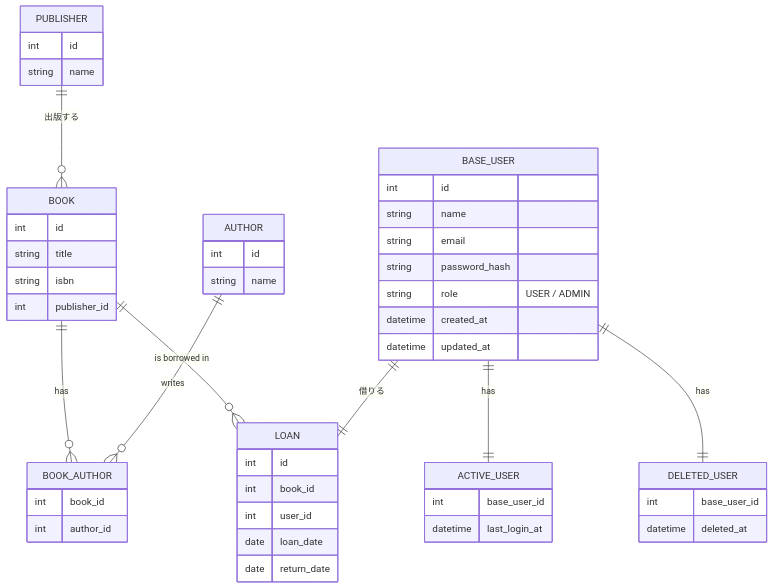
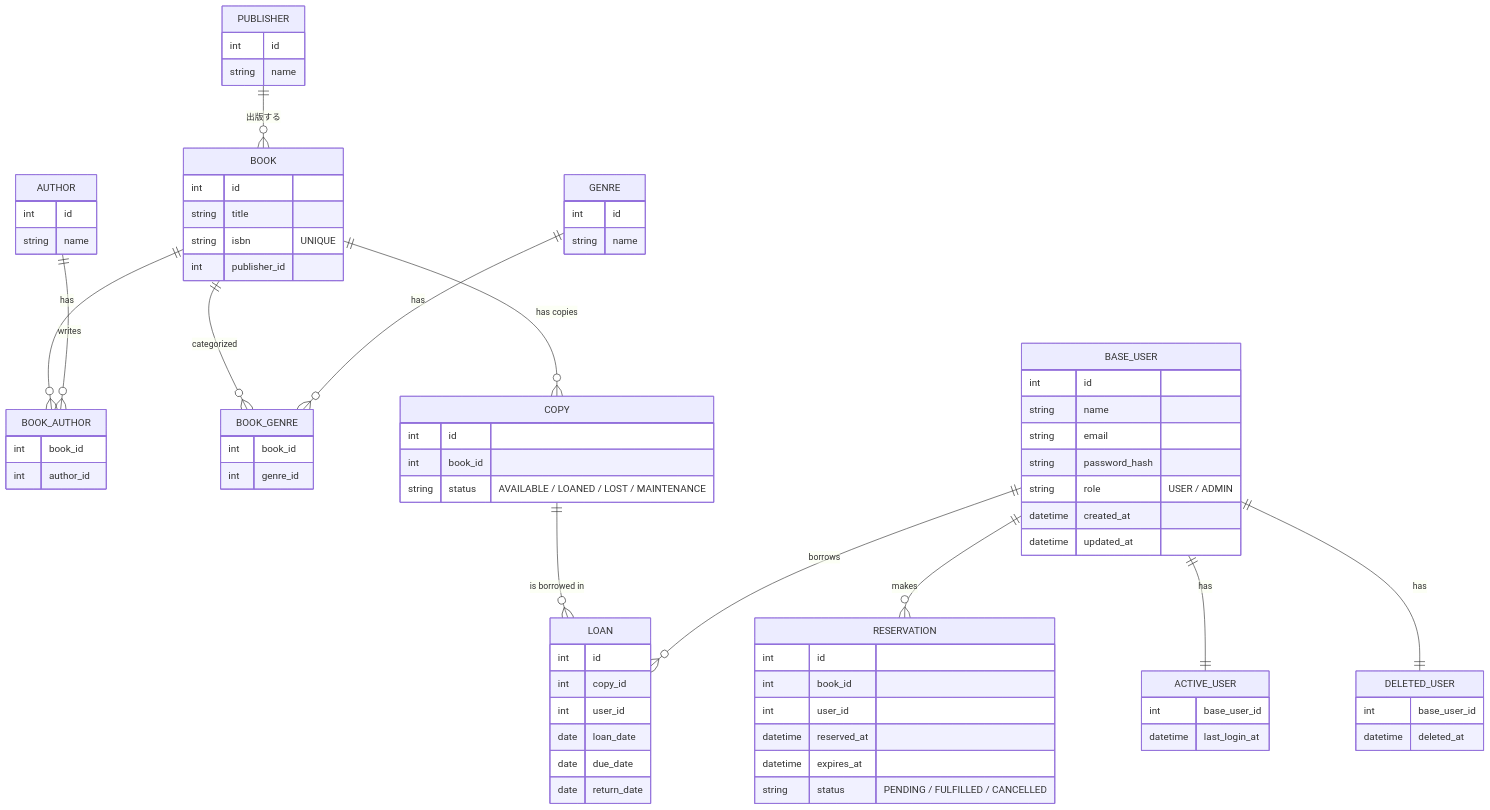
The diagram in document/library-cataloging-system/docs/er-diagram.md (nulltemp/study-repository), drawn with Mermaid before and after one commit.

Commit message:
仕様更新

````diff
--- a/document/library-cataloging-system/docs/er-diagram.md
+++ b/document/library-cataloging-system/docs/er-diagram.md
@@ -1,53 +1,79 @@
 ```mermaid
 erDiagram
     BOOK {
         int id
         string title
-        string isbn
+        string isbn "UNIQUE"
         int publisher_id
     }
     PUBLISHER {
         int id
         string name
     }
     AUTHOR {
         int id
         string name
     }
     BOOK_AUTHOR {
         int book_id
         int author_id
     }
+    GENRE {
+        int id
+        string name
+    }
+    BOOK_GENRE {
+        int book_id
+        int genre_id
+    }
+    COPY {
+        int id
+        int book_id
+        string status    "AVAILABLE / LOANED / LOST / MAINTENANCE"
+    }
     LOAN {
+        int id
+        int copy_id
+        int user_id
+        date loan_date
+        date due_date
+        date return_date
+    }
+    RESERVATION {
         int id
         int book_id
         int user_id
-        date loan_date
-        date return_date
+        datetime reserved_at
+        datetime expires_at
+        string status "PENDING / FULFILLED / CANCELLED"
     }
     BASE_USER {
         int id
         string name
         string email
         string password_hash
         string role       "USER / ADMIN"
         datetime created_at
         datetime updated_at
     }
     ACTIVE_USER {
         int base_user_id
         datetime last_login_at
     }
     DELETED_USER {
         int base_user_id
         datetime deleted_at
     }
 
     BOOK ||--o{ BOOK_AUTHOR : "has"
     AUTHOR ||--o{ BOOK_AUTHOR : "writes"
+    BOOK ||--o{ BOOK_GENRE : "categorized"
+    GENRE ||--o{ BOOK_GENRE : "has"
     PUBLISHER ||--o{ BOOK : 出版する
-    BOOK ||--o{ LOAN : "is borrowed in"
-    BASE_USER ||--|| LOAN : "借りる"
+    BOOK ||--o{ COPY : "has copies"
+    COPY ||--o{ LOAN : "is borrowed in"
+    BASE_USER ||--o{ LOAN : "borrows"
+    BASE_USER ||--o{ RESERVATION : "makes"
     BASE_USER ||--|| ACTIVE_USER : has
     BASE_USER ||--|| DELETED_USER : has
 ```
````
